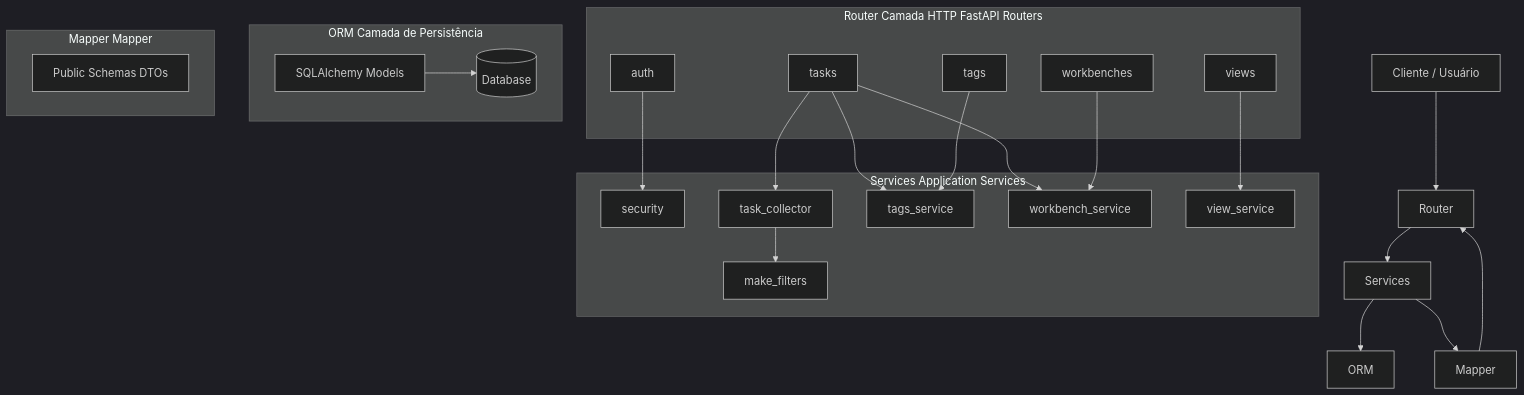
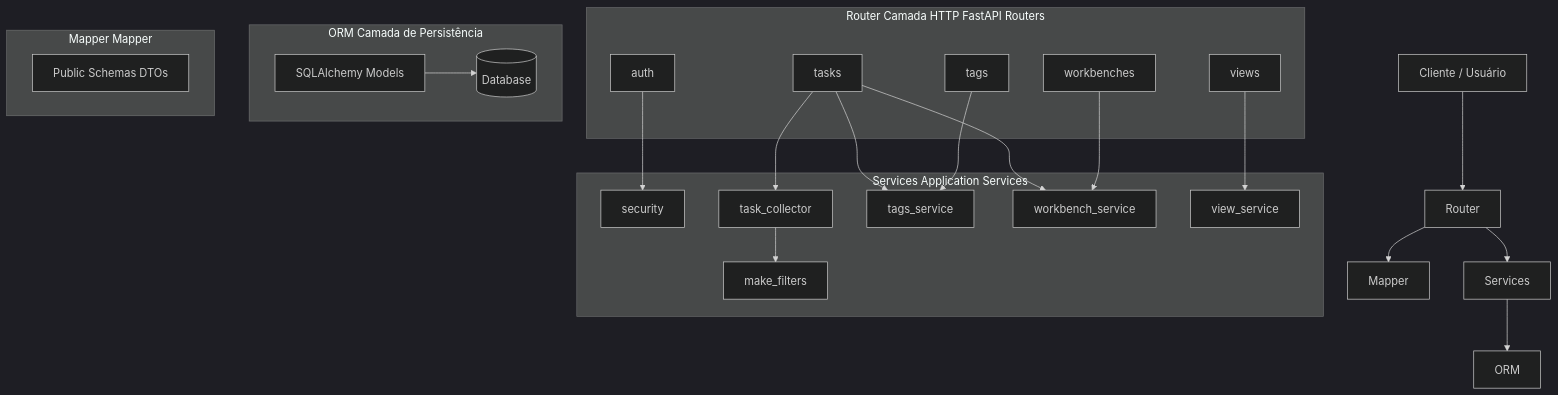
Before and after one commit to bruno-gabriel-muniz/joker-task: the second of 2 diagrams in README.md, drawn with Mermaid. The commit also changed other lines of this file and 2 other files, not shown here.

````diff
--- a/README.md
+++ b/README.md
@@ -239,52 +248,51 @@
 ```mermaid
 ---
 config:
   theme: dark
 ---
 flowchart TD
     User[Cliente / Usuário] --> Router
 
     subgraph Router Camada HTTP FastAPI Routers
         AuthRouter[auth]
         TaskRouter[tasks]
         TagRouter[tags]
         WorkbenchRouter[workbenches]
         ViewRouter[views]
     end
     Router --> Services
 
     subgraph Services Application Services
         Security[security]
         TaskCollector[task_collector]
         TagService[tags_service]
         WorkbenchService[workbench_service]
         ViewService[view_service]
         FilterFactory[make_filters]
     end
     AuthRouter --> Security
 
     TaskRouter --> TaskCollector
     TaskRouter --> TagService
     TaskRouter --> WorkbenchService
 
     TagRouter --> TagService
     WorkbenchRouter --> WorkbenchService
     ViewRouter --> ViewService
 
     TaskCollector --> FilterFactory
     Services --> ORM
 
     subgraph ORM Camada de Persistência
         Models[SQLAlchemy Models]
         DB[(Database)]
     end
 
     Models --> DB
-    Services --> Mapper
 
     subgraph Mapper Mapper
         PublicSchemas[Public Schemas DTOs]
     end
 
-    Mapper --> Router
+    Router --> Mapper
 ```
````
